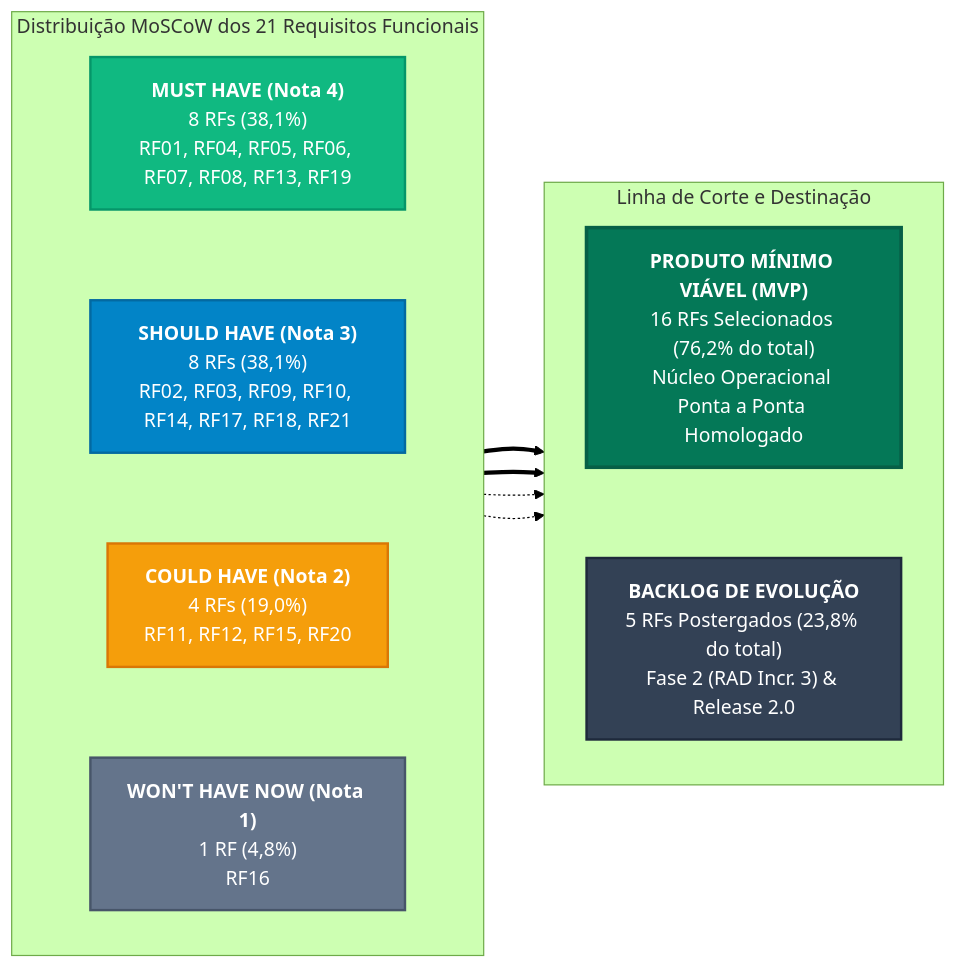
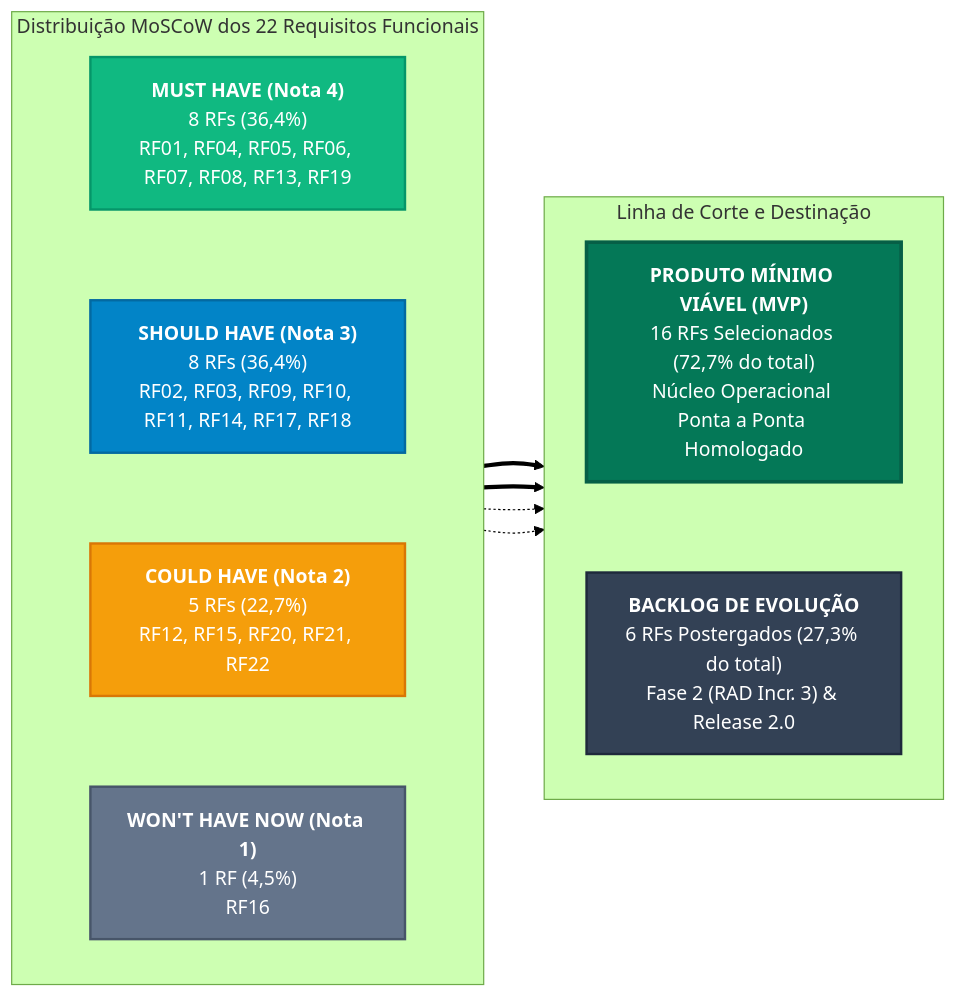
One commit to mdsreq-fga-unb/REQ-2026.2-T01-DUOC-Finance changed the second of 4 diagrams in docs/requisitos/priorizacao.md. Above: the diagram before and after it, drawn with Mermaid (forest theme). The commit also changed other lines of this file and 4 other files, not shown here.

````diff
--- a/docs/requisitos/priorizacao.md
+++ b/docs/requisitos/priorizacao.md
@@ -87,39 +88,39 @@
 ```mermaid
 flowchart LR
-    subgraph MOSCOW["Distribuição MoSCoW dos 21 Requisitos Funcionais"]
+    subgraph MOSCOW["Distribuição MoSCoW dos 22 Requisitos Funcionais"]
         direction TB
-        M["<b>MUST HAVE (Nota 4)</b><br>8 RFs (38,1%)<br>RF01, RF04, RF05, RF06, RF07, RF08, RF13, RF19"]
-        S["<b>SHOULD HAVE (Nota 3)</b><br>8 RFs (38,1%)<br>RF02, RF03, RF09, RF10, RF14, RF17, RF18, RF21"]
-        C["<b>COULD HAVE (Nota 2)</b><br>4 RFs (19,0%)<br>RF11, RF12, RF15, RF20"]
-        W["<b>WON'T HAVE NOW (Nota 1)</b><br>1 RF (4,8%)<br>RF16"]
+        M["<b>MUST HAVE (Nota 4)</b><br>8 RFs (36,4%)<br>RF01, RF04, RF05, RF06, RF07, RF08, RF13, RF19"]
+        S["<b>SHOULD HAVE (Nota 3)</b><br>8 RFs (36,4%)<br>RF02, RF03, RF09, RF10, RF11, RF14, RF17, RF18"]
+        C["<b>COULD HAVE (Nota 2)</b><br>5 RFs (22,7%)<br>RF12, RF15, RF20, RF21, RF22"]
+        W["<b>WON'T HAVE NOW (Nota 1)</b><br>1 RF (4,5%)<br>RF16"]
         M ~~~ S
         S ~~~ C
         C ~~~ W
     end
 
     subgraph DEST["Linha de Corte e Destinação"]
         direction TB
-        MVP["<b>PRODUTO MÍNIMO VIÁVEL (MVP)</b><br>16 RFs Selecionados (76,2% do total)<br>Núcleo Operacional Ponta a Ponta Homologado"]
-        POST["<b>BACKLOG DE EVOLUÇÃO</b><br>5 RFs Postergados (23,8% do total)<br>Fase 2 (RAD Incr. 3) & Release 2.0"]
+        MVP["<b>PRODUTO MÍNIMO VIÁVEL (MVP)</b><br>16 RFs Selecionados (72,7% do total)<br>Núcleo Operacional Ponta a Ponta Homologado"]
+        POST["<b>BACKLOG DE EVOLUÇÃO</b><br>6 RFs Postergados (27,3% do total)<br>Fase 2 (RAD Incr. 3) & Release 2.0"]
         MVP ~~~ POST
     end
 
     M ==> MVP
     S ==> MVP
     C -.-> POST
     W -.-> POST
 
     classDef mustClass fill:#10b981,stroke:#059669,stroke-width:2px,color:#ffffff;
     classDef shouldClass fill:#0284c7,stroke:#0369a1,stroke-width:2px,color:#ffffff;
     classDef couldClass fill:#f59e0b,stroke:#d97706,stroke-width:2px,color:#ffffff;
     classDef wontClass fill:#64748b,stroke:#475569,stroke-width:2px,color:#ffffff;
     classDef mvpClass fill:#047857,stroke:#065f46,stroke-width:3px,color:#ffffff;
     classDef postClass fill:#334155,stroke:#1e293b,stroke-width:2px,color:#ffffff;
 
     class M mustClass;
     class S shouldClass;
     class C couldClass;
     class W wontClass;
     class MVP mvpClass;
     class POST postClass;
 ```
````
